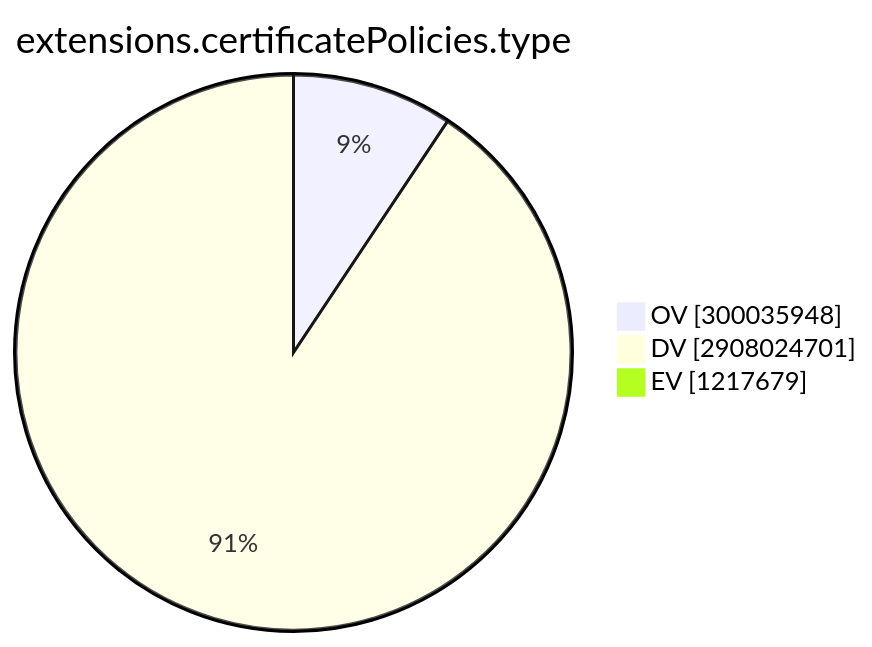
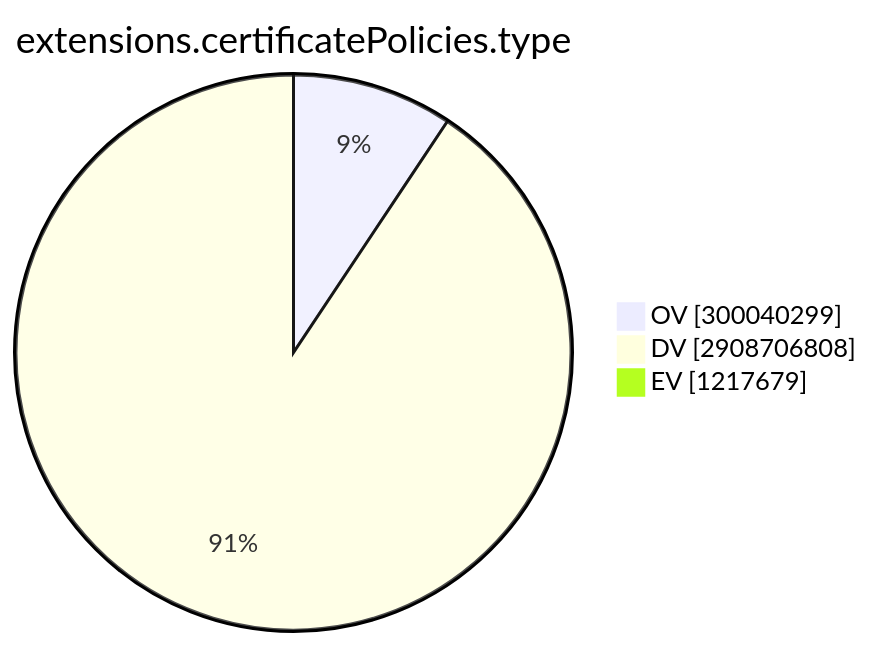
One commit to christiankrug/ctmonitor_visualization changed the ninth of 15 diagrams in TOTAL/README.md. Above: the diagram before and after it, drawn with Mermaid. The commit also changed other lines of this file, not shown here.

````diff
--- a/TOTAL/README.md
+++ b/TOTAL/README.md
@@ -3101,7 +3101,7 @@
 ```mermaid
 pie showData
 title extensions.certificatePolicies.type
-"OV" :300035948
-"DV" :2908024701
+"OV" :300040299
+"DV" :2908706808
 "EV" :1217679
 ```
````
